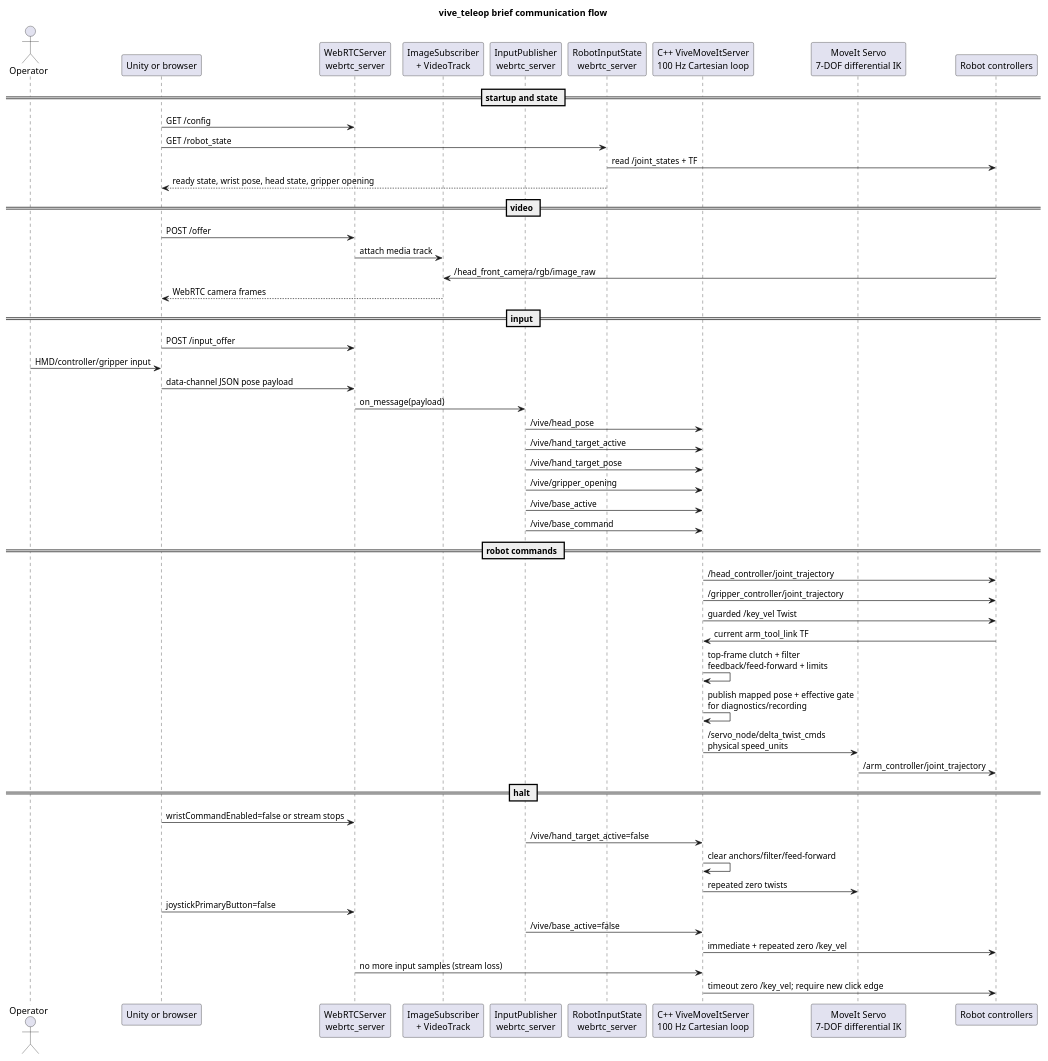
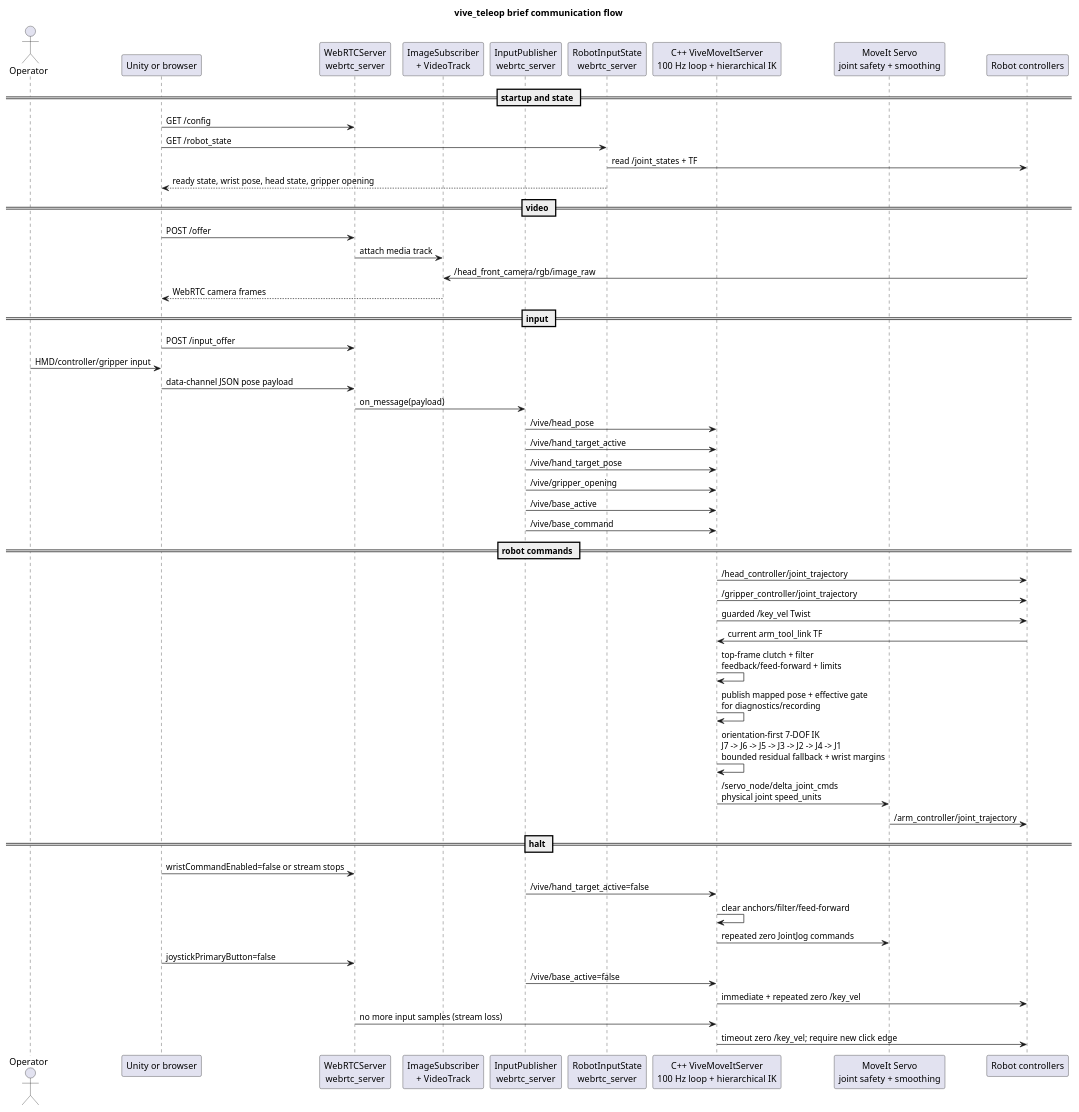
One commit to ichores-research/vive_teleop changed the diagram in docs/architecture/communication/data-flow.puml. Above: the diagram before and after it, drawn with PlantUML. The commit also changed 27 other files, not shown here.

```diff
--- a/docs/architecture/communication/data-flow.puml
+++ b/docs/architecture/communication/data-flow.puml
@@ -1,64 +1,65 @@
 @startuml
 !pragma layout smetana
 title vive_teleop brief communication flow
 
 skinparam shadowing false
 skinparam defaultFontName Monospace
 
 actor Operator
 participant "Unity or browser" as Client
 participant "WebRTCServer\nwebrtc_server" as Server
 participant "ImageSubscriber\n+ VideoTrack" as Video
 participant "InputPublisher\nwebrtc_server" as Input
 participant "RobotInputState\nwebrtc_server" as Snapshot
-participant "C++ ViveMoveItServer\n100 Hz Cartesian loop" as Teleop
-participant "MoveIt Servo\n7-DOF differential IK" as Servo
+participant "C++ ViveMoveItServer\n100 Hz loop + hierarchical IK" as Teleop
+participant "MoveIt Servo\njoint safety + smoothing" as Servo
 participant "Robot controllers" as Robot
 
 == startup and state ==
 Client -> Server : GET /config
 Client -> Snapshot : GET /robot_state
 Snapshot -> Robot : read /joint_states + TF
 Snapshot --> Client : ready state, wrist pose, head state, gripper opening
 
 == video ==
 Client -> Server : POST /offer
 Server -> Video : attach media track
 Robot -> Video : /head_front_camera/rgb/image_raw
 Video --> Client : WebRTC camera frames
 
 == input ==
 Client -> Server : POST /input_offer
 Operator -> Client : HMD/controller/gripper input
 Client -> Server : data-channel JSON pose payload
 Server -> Input : on_message(payload)
 Input -> Teleop : /vive/head_pose
 Input -> Teleop : /vive/hand_target_active
 Input -> Teleop : /vive/hand_target_pose
 Input -> Teleop : /vive/gripper_opening
 Input -> Teleop : /vive/base_active
 Input -> Teleop : /vive/base_command
 
 == robot commands ==
 Teleop -> Robot : /head_controller/joint_trajectory
 Teleop -> Robot : /gripper_controller/joint_trajectory
 Teleop -> Robot : guarded /key_vel Twist
 Robot -> Teleop : current arm_tool_link TF
 Teleop -> Teleop : top-frame clutch + filter\nfeedback/feed-forward + limits
 Teleop -> Teleop : publish mapped pose + effective gate\nfor diagnostics/recording
-Teleop -> Servo : /servo_node/delta_twist_cmds\nphysical speed_units
+Teleop -> Teleop : orientation-first 7-DOF IK\nJ7 -> J6 -> J5 -> J3 -> J2 -> J4 -> J1\nbounded residual fallback + wrist margins
+Teleop -> Servo : /servo_node/delta_joint_cmds\nphysical joint speed_units
 Servo -> Robot : /arm_controller/joint_trajectory
 
 == halt ==
 Client -> Server : wristCommandEnabled=false or stream stops
 Input -> Teleop : /vive/hand_target_active=false
 Teleop -> Teleop : clear anchors/filter/feed-forward
-Teleop -> Servo : repeated zero twists
+Teleop -> Servo : repeated zero JointJog commands
 
 Client -> Server : joystickPrimaryButton=false
 Input -> Teleop : /vive/base_active=false
 Teleop -> Robot : immediate + repeated zero /key_vel
 Server -> Teleop : no more input samples (stream loss)
 Teleop -> Robot : timeout zero /key_vel; require new click edge
 
 @enduml
```
